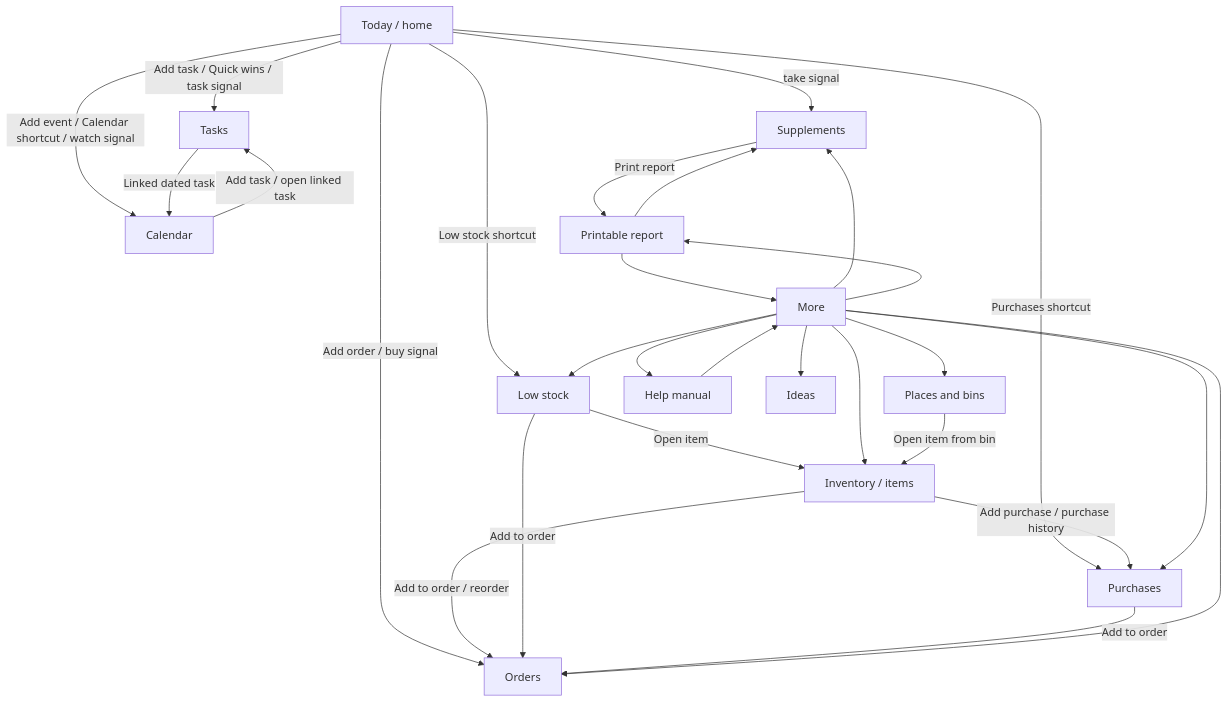
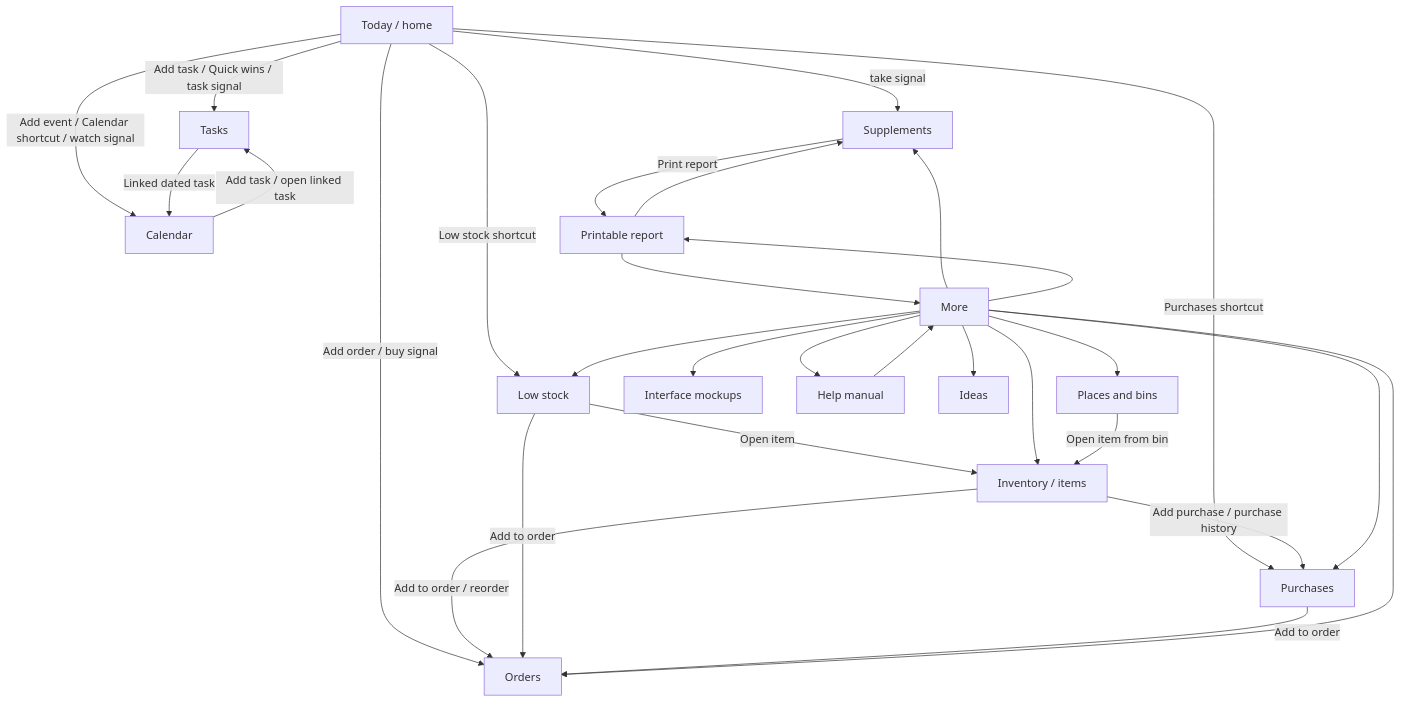
The diagram in docs/app-map.md (alekpeed/momos), drawn with Mermaid before and after one commit. The commit also changed other lines of this file and 9 other files, not shown here.

````diff
--- a/docs/app-map.md
+++ b/docs/app-map.md
@@ -34,46 +34,48 @@
 ```mermaid
 flowchart TD
   Today[Today / home]
   Tasks[Tasks]
   Calendar[Calendar]
   Inventory[Inventory / items]
   More[More]
   Low[Low stock]
   Places[Places and bins]
   Orders[Orders]
   Purchases[Purchases]
   Supplements[Supplements]
+  Mockups[Interface mockups]
   Help[Help manual]
   Report[Printable report]
 
   Today -->|Add task / Quick wins / task signal| Tasks
   Today -->|Add event / Calendar shortcut / watch signal| Calendar
   Today -->|Add order / buy signal| Orders
   Today -->|Low stock shortcut| Low
   Today -->|Purchases shortcut| Purchases
   Today -->|take signal| Supplements
 
   Tasks -->|Linked dated task| Calendar
   Calendar -->|Add task / open linked task| Tasks
 
   Inventory -->|Add to order / reorder| Orders
   Inventory -->|Add purchase / purchase history| Purchases
   Low -->|Open item| Inventory
   Low -->|Add to order| Orders
   Purchases -->|Add to order| Orders
 
   More --> Help
   Help --> More
   More --> Places
   More --> Orders
   More --> Purchases
   More --> Low
   More --> Inventory
   More --> Ideas
   More --> Supplements
+  More --> Mockups
   More --> Report
   Supplements -->|Print report| Report
   Report --> More
   Report --> Supplements
   Places -->|Open item from bin| Inventory
 ```
````
